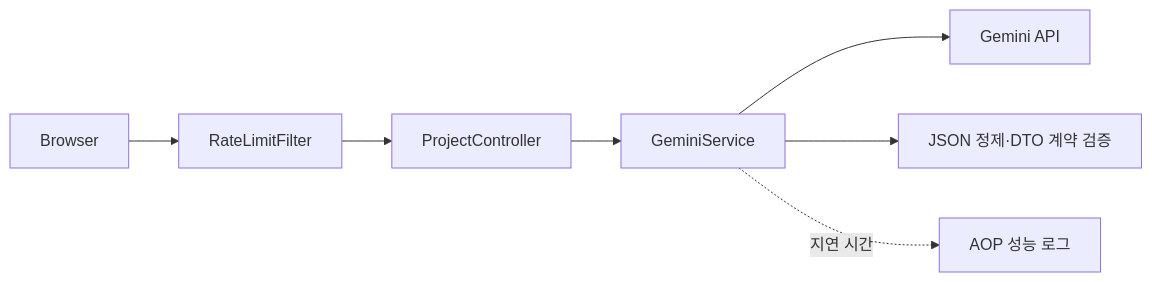
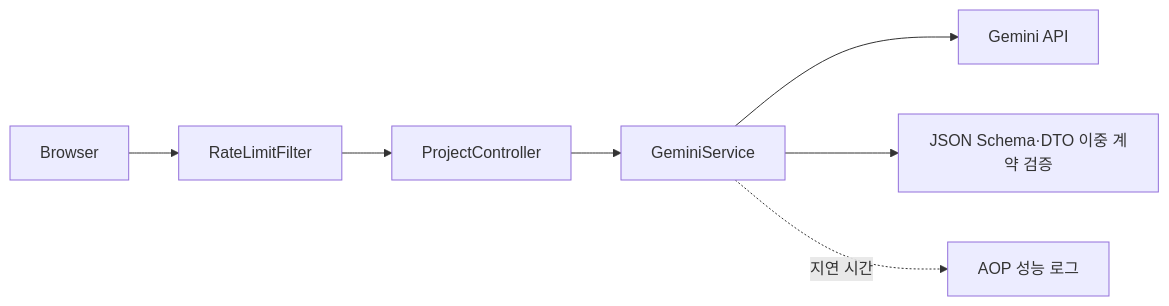
Before and after one commit to aozjtm55543-wq/ArchFlow: the diagram in README.md, drawn with Mermaid. The commit also changed other lines of this file and 8 other files, not shown here.

````diff
--- a/README.md
+++ b/README.md
@@ -31,9 +32,9 @@
 ```mermaid
 flowchart LR
     Browser --> RateLimitFilter
     RateLimitFilter --> ProjectController
     ProjectController --> GeminiService
     GeminiService --> GeminiAPI["Gemini API"]
-    GeminiService --> Contract["JSON 정제·DTO 계약 검증"]
+    GeminiService --> Contract["JSON Schema·DTO 이중 계약 검증"]
     GeminiService -. "지연 시간" .-> AOP["AOP 성능 로그"]
 ```
````
